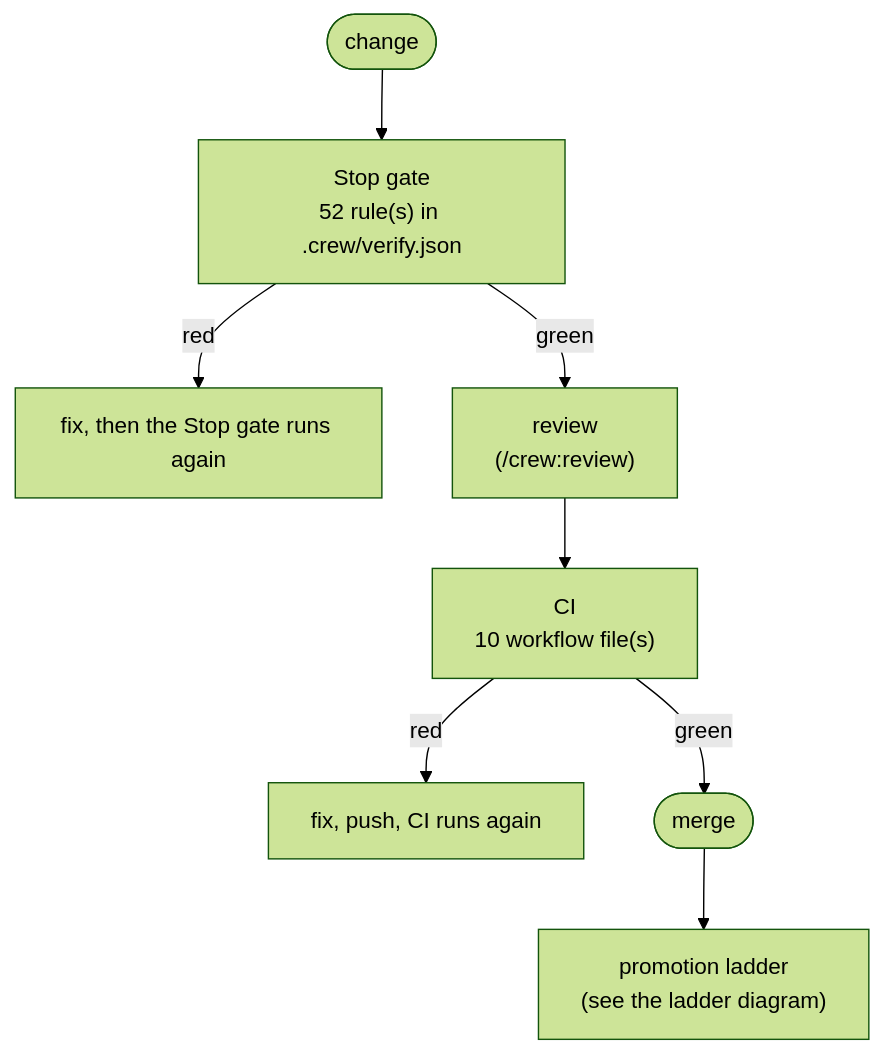
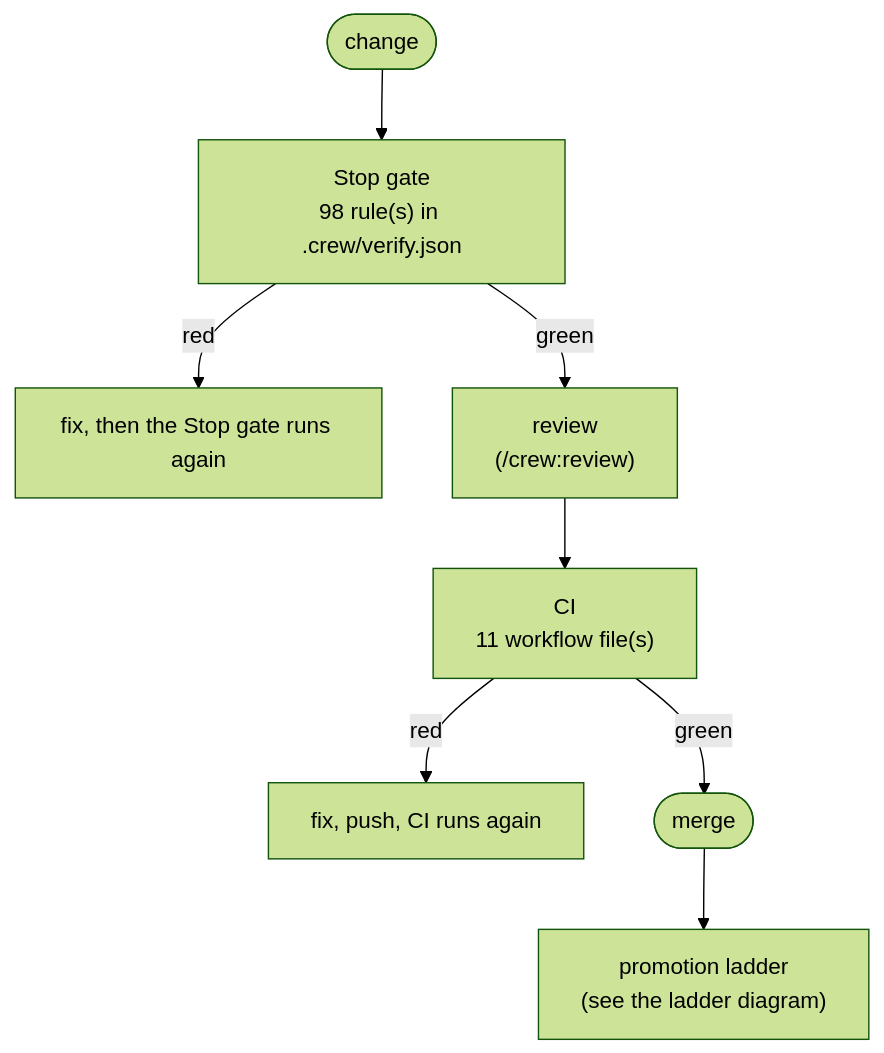
Before and after one commit to mbadali25/useful-claude-add-ons: the first of 3 diagrams in docs/qa/README.md, drawn with Mermaid (forest theme). The commit also changed other lines of this file and 29 other files, not shown here.

First line of the commit message:
L-0850: docs and artifact refresh (codemap, rules, diagrams, graph, README and SECURITY.md for the 36 to 16 hooks.json change); docs/refresh only, no code (owner waiver 2026-10-20)

````diff
--- a/docs/qa/README.md
+++ b/docs/qa/README.md
@@ -19,11 +19,11 @@
 ```mermaid
 flowchart TD
-  edit(["change"]) --> stop["Stop gate<br/>52 rule(s) in .crew/verify.json"]
+  edit(["change"]) --> stop["Stop gate<br/>98 rule(s) in .crew/verify.json"]
   stop -->|red| fix1["fix, then the Stop gate runs again"]
   stop -->|green| review["review<br/>(/crew:review)"]
-  review --> ci["CI<br/>10 workflow file(s)"]
+  review --> ci["CI<br/>11 workflow file(s)"]
   ci -->|red| fix2["fix, push, CI runs again"]
   ci -->|green| merge(["merge"])
   merge --> ladder["promotion ladder<br/>(see the ladder diagram)"]
   classDef gap stroke:#c0392b,stroke-width:2px,stroke-dasharray:4 3
 ```
````
